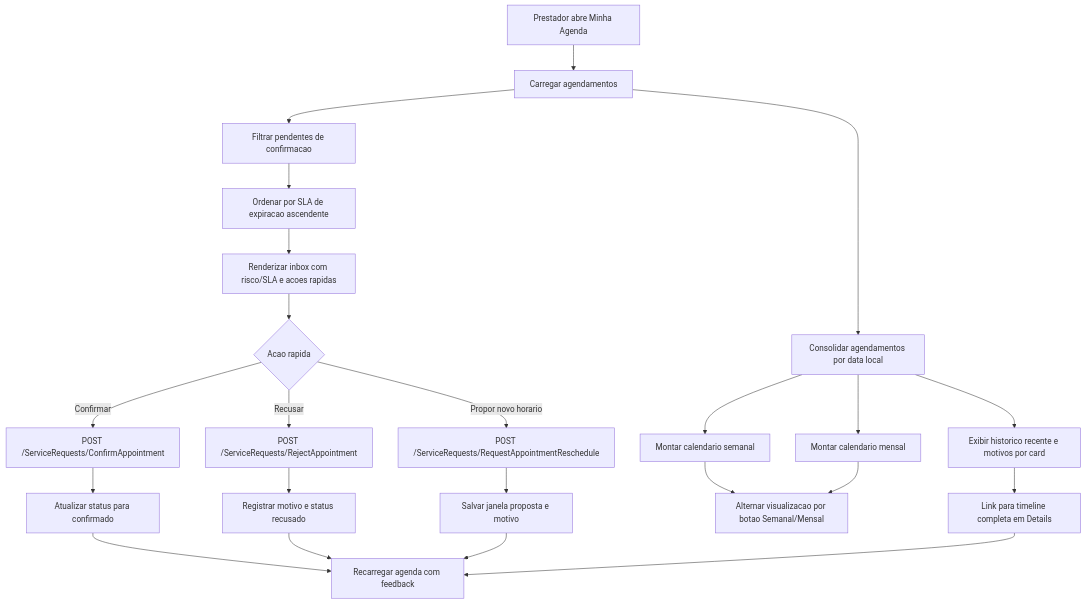
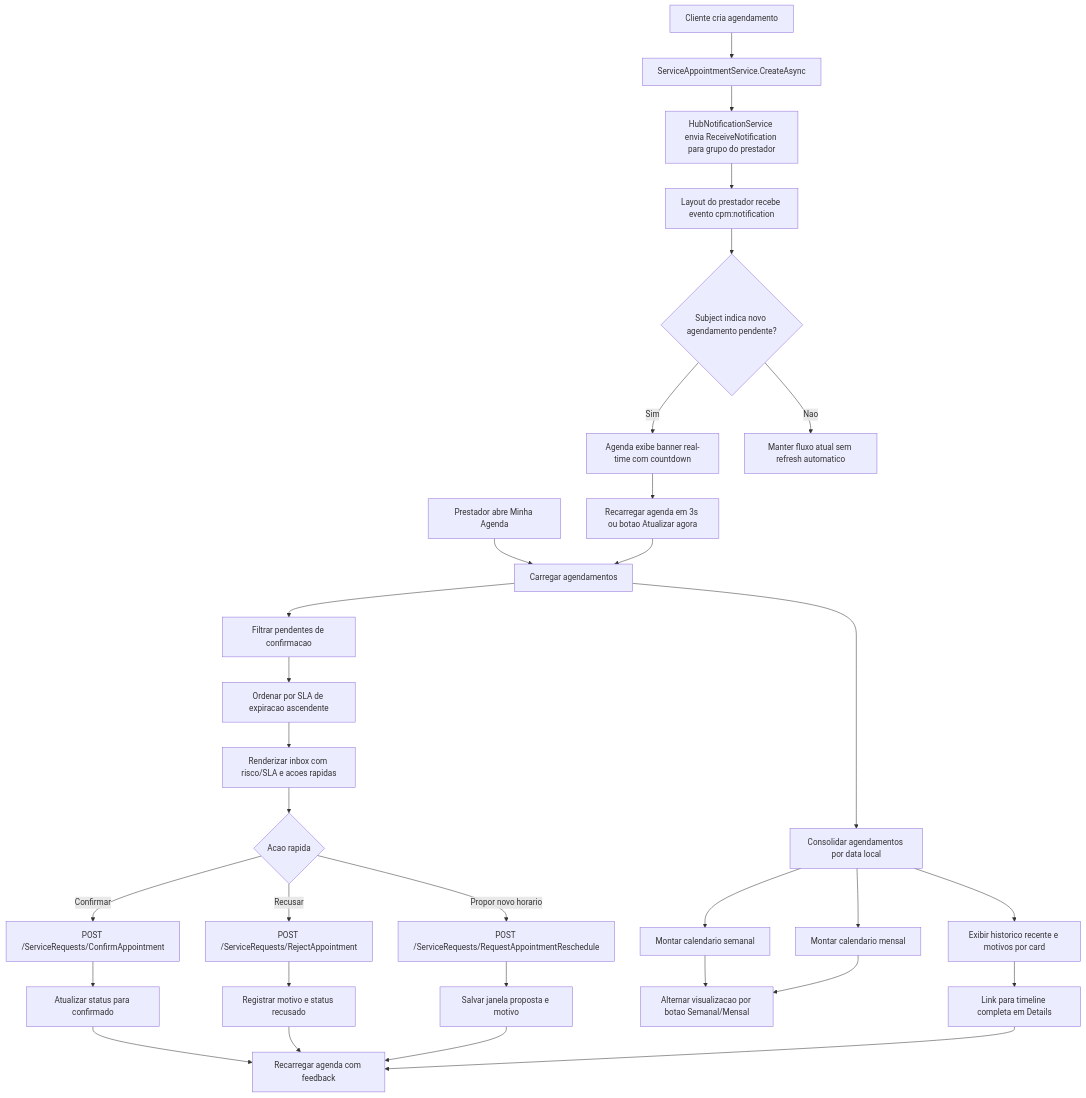
The diagram in Documentacao/DIAGRAMAS/AGENDA_SERVICOS_JANELAS_LEMBRETES/ST-007-ui-prestador-gestao-agenda-operacao/fluxo-inbox-sla-acoes-rapidas.mmd (leonardomendes201704/ConsertaPraMim), drawn with Mermaid before and after one commit. The commit also changed 7 other files, not shown here.

Commit message:
feat(provider-agenda): realtime refresh for pending appointments

```diff
--- a/Documentacao/DIAGRAMAS/AGENDA_SERVICOS_JANELAS_LEMBRETES/ST-007-ui-prestador-gestao-agenda-operacao/fluxo-inbox-sla-acoes-rapidas.mmd
+++ b/Documentacao/DIAGRAMAS/AGENDA_SERVICOS_JANELAS_LEMBRETES/ST-007-ui-prestador-gestao-agenda-operacao/fluxo-inbox-sla-acoes-rapidas.mmd
@@ -1,28 +1,37 @@
 flowchart TD
     A[Prestador abre Minha Agenda] --> B[Carregar agendamentos]
     B --> C[Filtrar pendentes de confirmacao]
     C --> D[Ordenar por SLA de expiracao ascendente]
     D --> E[Renderizar inbox com risco/SLA e acoes rapidas]
 
     B --> F[Consolidar agendamentos por data local]
     F --> G[Montar calendario semanal]
     F --> H[Montar calendario mensal]
     G --> I[Alternar visualizacao por botao Semanal/Mensal]
     H --> I
     F --> R[Exibir historico recente e motivos por card]
     R --> S[Link para timeline completa em Details]
 
     E --> J{Acao rapida}
     J -->|Confirmar| K[POST /ServiceRequests/ConfirmAppointment]
     K --> N[Atualizar status para confirmado]
 
     J -->|Recusar| L[POST /ServiceRequests/RejectAppointment]
     L --> O[Registrar motivo e status recusado]
 
     J -->|Propor novo horario| M[POST /ServiceRequests/RequestAppointmentReschedule]
     M --> P[Salvar janela proposta e motivo]
 
     N --> Q[Recarregar agenda com feedback]
     O --> Q
     P --> Q
     S --> Q
+
+    T[Cliente cria agendamento] --> U[ServiceAppointmentService.CreateAsync]
+    U --> V[HubNotificationService envia ReceiveNotification para grupo do prestador]
+    V --> W[Layout do prestador recebe evento cpm:notification]
+    W --> X{Subject indica novo agendamento pendente?}
+    X -->|Sim| Y[Agenda exibe banner real-time com countdown]
+    Y --> Z[Recarregar agenda em 3s ou botao Atualizar agora]
+    Z --> B
+    X -->|Nao| AA[Manter fluxo atual sem refresh automatico]
```
